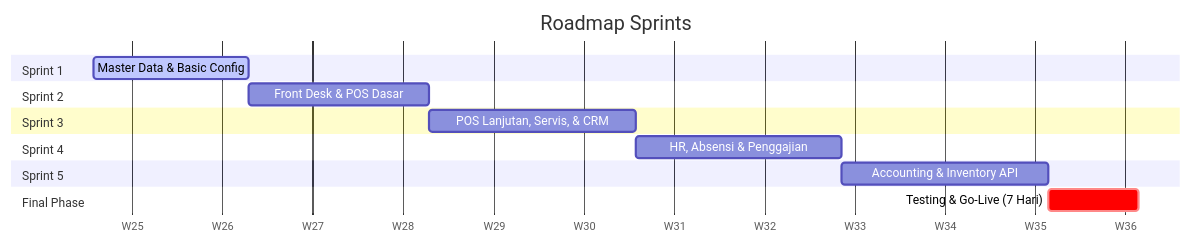
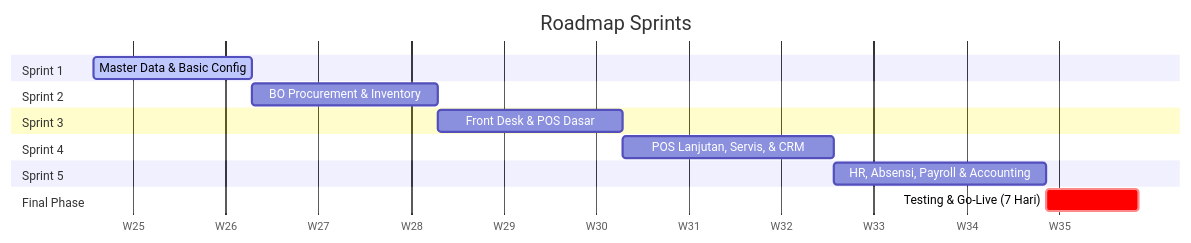
One commit to RansomBroker/diego-music-store changed the diagram in .workspace_ai/workspace/roadmap.md. Above: the diagram before and after it, drawn with Mermaid. The commit also changed other lines of this file and 40 other files, not shown here.

````diff
--- a/.workspace_ai/workspace/roadmap.md
+++ b/.workspace_ai/workspace/roadmap.md
@@ -11,24 +11,24 @@
 ```mermaid
 gantt
     title Roadmap Sprints
     dateFormat  YYYY-MM-DD
     axisFormat  W%W
     
     section Sprint 1
     Master Data & Basic Config    :active, sp1, 2026-06-25, 12d
     
     section Sprint 2
-    Front Desk & POS Dasar        :sp2, after sp1, 14d
+    BO Procurement & Inventory    :sp2, after sp1, 14d
     
     section Sprint 3
-    POS Lanjutan, Servis, & CRM   :sp3, after sp2, 16d
+    Front Desk & POS Dasar        :sp3, after sp2, 14d
     
     section Sprint 4
-    HR, Absensi & Penggajian      :sp4, after sp3, 16d
+    POS Lanjutan, Servis, & CRM   :sp4, after sp3, 16d
     
     section Sprint 5
-    Accounting & Inventory API    :sp5, after sp4, 16d
+    HR, Absensi, Payroll & Accounting :sp5, after sp4, 16d
     
     section Final Phase
     Testing & Go-Live (7 Hari)    :crit, test, after sp5, 7d
 ```
````
